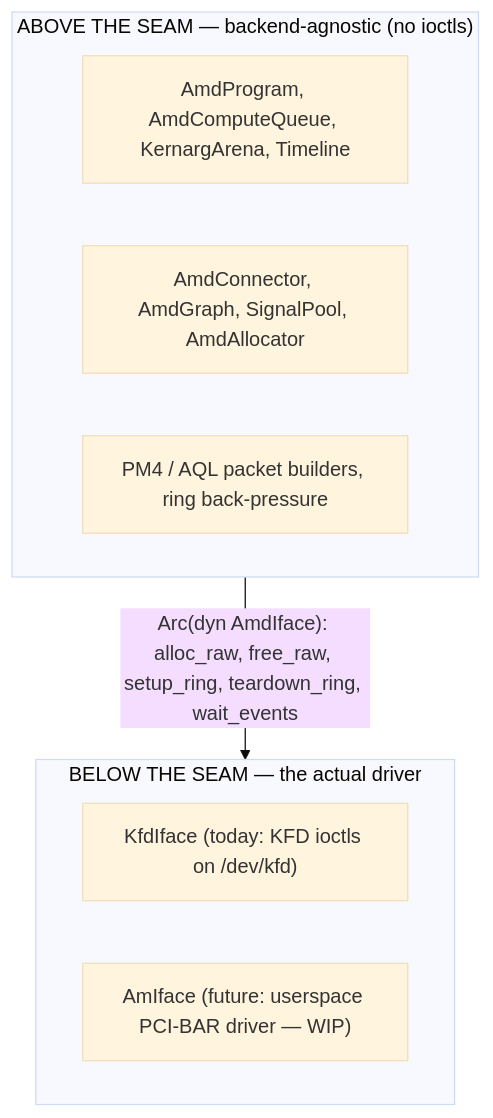
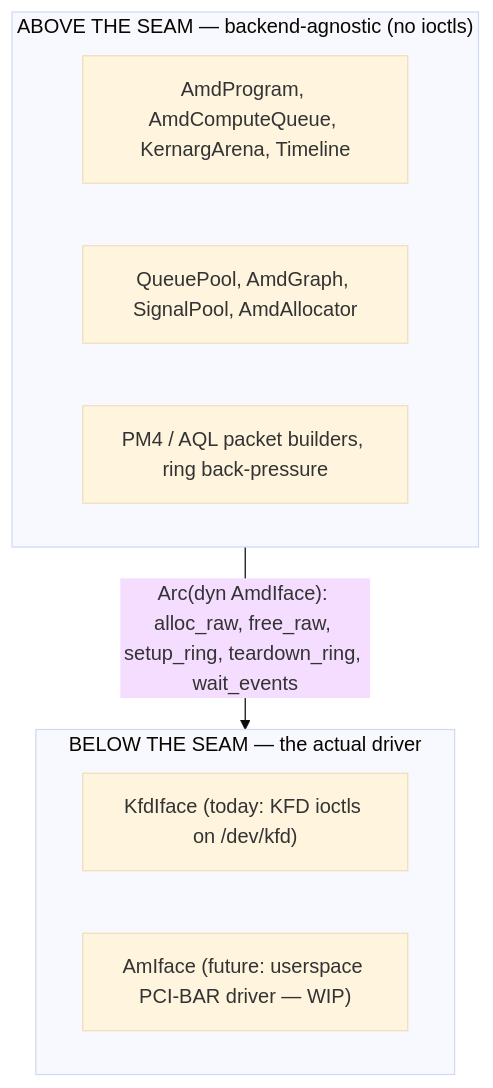
The first of 2 diagrams in website/docs/backends/amd/overview.md (mexus/morok), drawn with Mermaid (base theme) before and after one commit. The commit also changed 22 other files, not shown here.

Commit message:
[*] docs: describe graph-native compiler and AMD queues

````diff
--- a/website/docs/backends/amd/overview.md
+++ b/website/docs/backends/amd/overview.md
@@ -80,13 +80,13 @@
 ```mermaid
 flowchart TD
   subgraph above["ABOVE THE SEAM — backend-agnostic (no ioctls)"]
     A1["AmdProgram, AmdComputeQueue, KernargArena, Timeline"]
-    A2["AmdConnector, AmdGraph, SignalPool, AmdAllocator"]
+    A2["QueuePool, AmdGraph, SignalPool, AmdAllocator"]
     A3["PM4 / AQL packet builders, ring back-pressure"]
   end
   subgraph below["BELOW THE SEAM — the actual driver"]
     B1["KfdIface (today: KFD ioctls on /dev/kfd)"]
     B2["AmIface (future: userspace PCI-BAR driver — WIP)"]
   end
   above -->|"Arc(dyn AmdIface): alloc_raw, free_raw, setup_ring, teardown_ring, wait_events"| below
 ```
````
